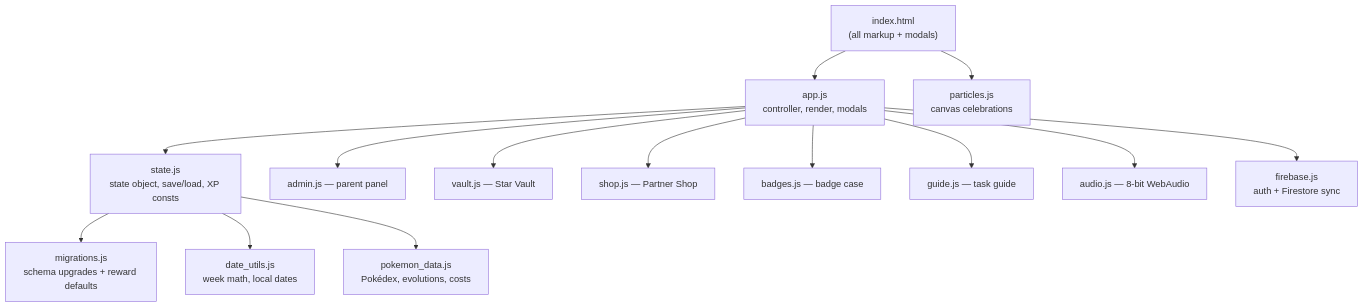
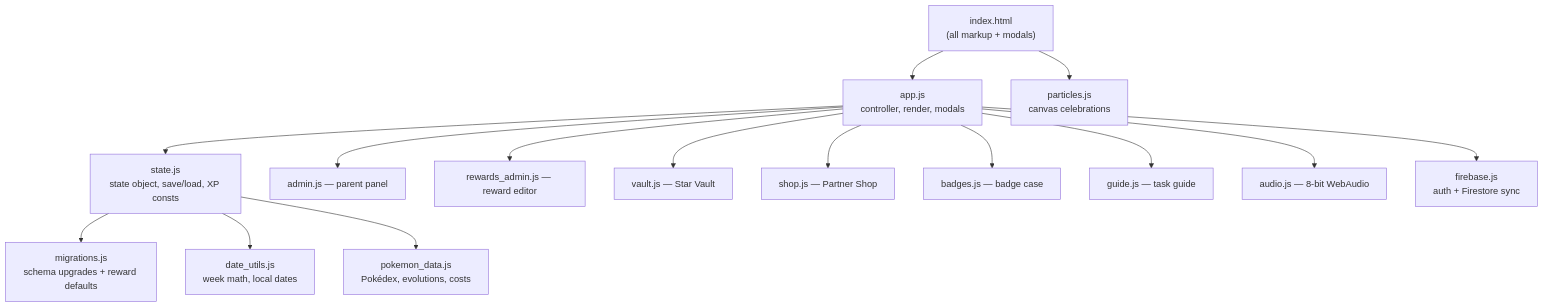
One commit to crsjain/kepler-pokemon-chart changed the diagram in _agents/AGENTS.md. Above: the diagram before and after it, drawn with Mermaid. The commit also changed other lines of this file and 3 other files, not shown here.

````diff
--- a/_agents/AGENTS.md
+++ b/_agents/AGENTS.md
@@ -159,16 +159,17 @@
 ```mermaid
 graph TD
     IDX["index.html<br/>(all markup + modals)"] --> APP["app.js<br/>controller, render, modals"]
     IDX --> PART["particles.js<br/>canvas celebrations"]
     APP --> STATE["state.js<br/>state object, save/load, XP consts"]
     APP --> ADMIN["admin.js — parent panel"]
+    APP --> RADMIN["rewards_admin.js — reward editor"]
     APP --> VAULT["vault.js — Star Vault"]
     APP --> SHOP["shop.js — Partner Shop"]
     APP --> BADGES["badges.js — badge case"]
     APP --> GUIDE["guide.js — task guide"]
     APP --> AUDIO["audio.js — 8-bit WebAudio"]
     STATE --> MIG["migrations.js<br/>schema upgrades + reward defaults"]
     STATE --> DATES["date_utils.js<br/>week math, local dates"]
     STATE --> DATA["pokemon_data.js<br/>Pokédex, evolutions, costs"]
     APP --> FB["firebase.js<br/>auth + Firestore sync"]
 ```
````
